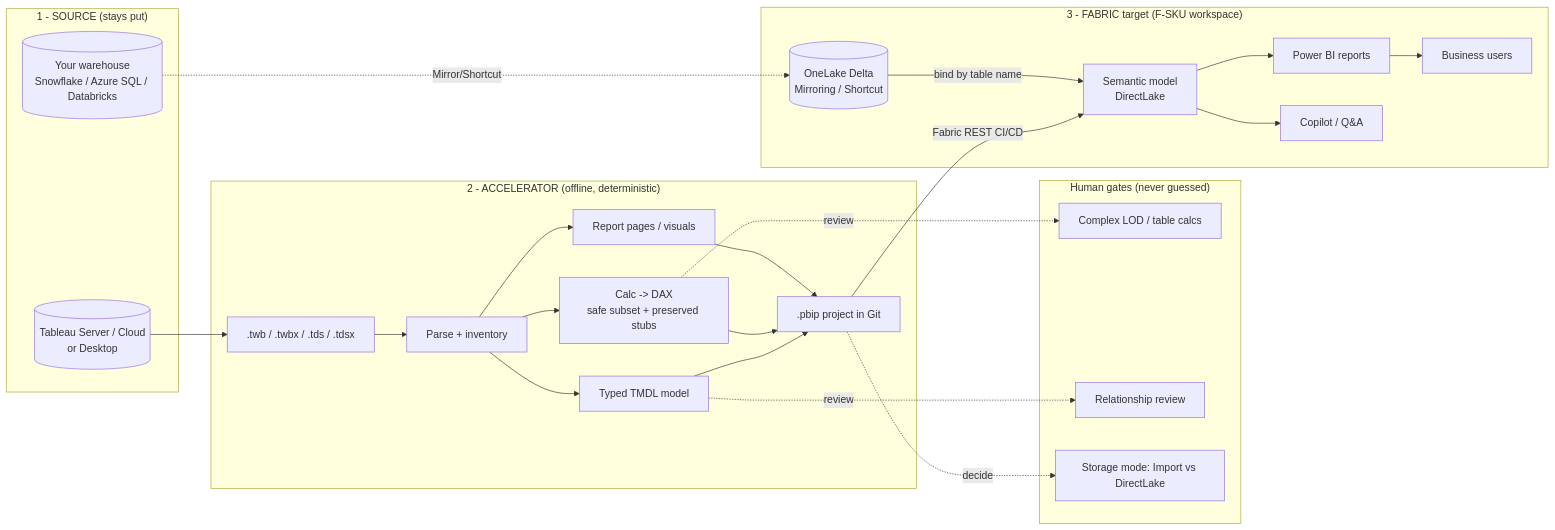
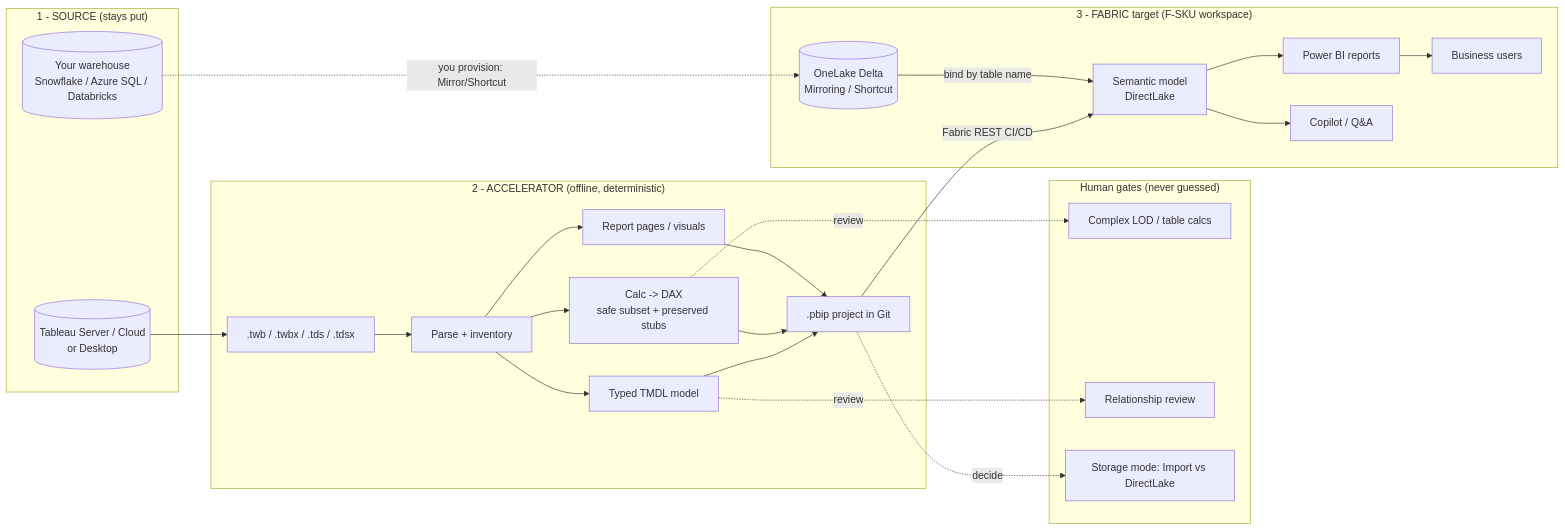
One commit to rasgiza/tableau-migration-accelerator changed the first of 4 diagrams in docs/architecture.md. Above: the diagram before and after it, drawn with Mermaid. The commit also changed 1 other file, not shown here.

Commit message:
docs: reframe DirectLake accurately - Lakehouse/data landing is a documented user prerequisite, not roadmap
You're expected to provision the workspace + Lakehouse and land/mirror data as Delta (Step 0, by design). The tool emits DirectLake TMDL, binds to the OneLake URL you supply (--directlake-url), and deploys over REST - all ships today. Only fully hands-off infra (tool auto-creating the Lakehouse / copying data) is deliberately not automated. Removes the false claim that deploy_to_fabric.py creates a Lakehouse/resolves SQL endpoint. Labels the Mirror/Shortcut edge as a you-provisioned step in both diagrams.

````diff
--- a/docs/architecture.md
+++ b/docs/architecture.md
@@ -18,37 +18,37 @@
 ```mermaid
 flowchart LR
     subgraph SRC["1 - SOURCE (stays put)"]
         TAB[(Tableau Server / Cloud<br/>or Desktop)]
         WH[(Your warehouse<br/>Snowflake / Azure SQL / Databricks)]
     end
     subgraph ACCEL["2 - ACCELERATOR (offline, deterministic)"]
         FILES[.twb / .twbx / .tds / .tdsx] --> PARSE[Parse + inventory]
         PARSE --> MODEL[Typed TMDL model]
         PARSE --> CALC[Calc -> DAX<br/>safe subset + preserved stubs]
         PARSE --> VIZ[Report pages / visuals]
         MODEL --> PBIP[.pbip project in Git]
         CALC --> PBIP
         VIZ --> PBIP
     end
     subgraph GATES["Human gates (never guessed)"]
         LOD[Complex LOD / table calcs]
         REL[Relationship review]
         STORE[Storage mode: Import vs DirectLake]
     end
     subgraph FABRIC["3 - FABRIC target (F-SKU workspace)"]
         OL[(OneLake Delta<br/>Mirroring / Shortcut)]
         SM[Semantic model<br/>DirectLake]
         RPT[Power BI reports]
         COP["Copilot / Q&A"]
         USERS[Business users]
     end
     TAB --> FILES
-    WH -. Mirror/Shortcut .-> OL
+    WH -. you provision: Mirror/Shortcut .-> OL
     PBIP -->|Fabric REST CI/CD| SM
     OL -->|bind by table name| SM
     SM --> RPT --> USERS
     SM --> COP
     CALC -.review.-> LOD
     MODEL -.review.-> REL
     PBIP -.decide.-> STORE
 ```
````
